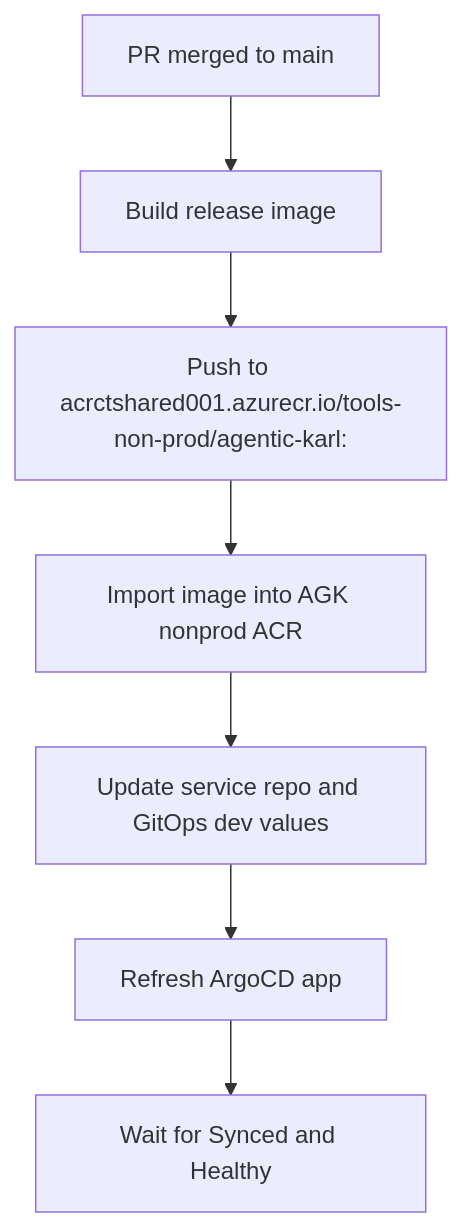
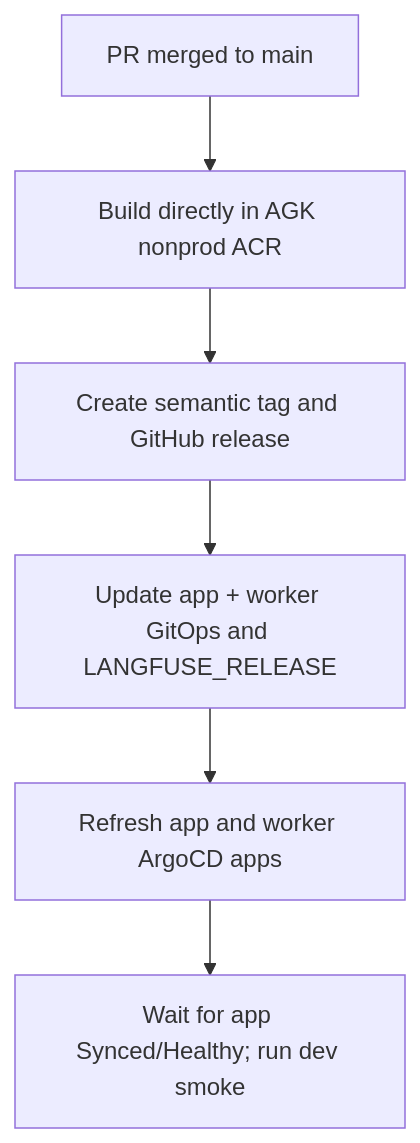
One commit to Falenos/LibreChat changed the ninth of 10 diagrams in knauf/docs/reference/agentic-karl-architecture.md. Above: the diagram before and after it, drawn with Mermaid. The commit also changed other lines of this file and 8 other files, not shown here.

First line of the commit message:
docs: refresh AGK infrastructure context (#289)

````diff
--- a/knauf/docs/reference/agentic-karl-architecture.md
+++ b/knauf/docs/reference/agentic-karl-architecture.md
@@ -815,12 +901,11 @@
 ```mermaid
 flowchart TB
   merge["PR merged to main"]
-  build["Build release image"]
-  ctacr["Push to acrctshared001.azurecr.io/tools-non-prod/agentic-karl:<version>"]
-  import["Import image into AGK nonprod ACR"]
-  values["Update service repo and GitOps dev values"]
-  argo["Refresh ArgoCD app"]
-  healthy["Wait for Synced and Healthy"]
+  build["Build directly in AGK nonprod ACR"]
+  release["Create semantic tag and GitHub release"]
+  values["Update app + worker GitOps and LANGFUSE_RELEASE"]
+  argo["Refresh app and worker ArgoCD apps"]
+  healthy["Wait for app Synced/Healthy; run dev smoke"]
 
-  merge --> build --> ctacr --> import --> values --> argo --> healthy
+  merge --> build --> release --> values --> argo --> healthy
 ```
````
